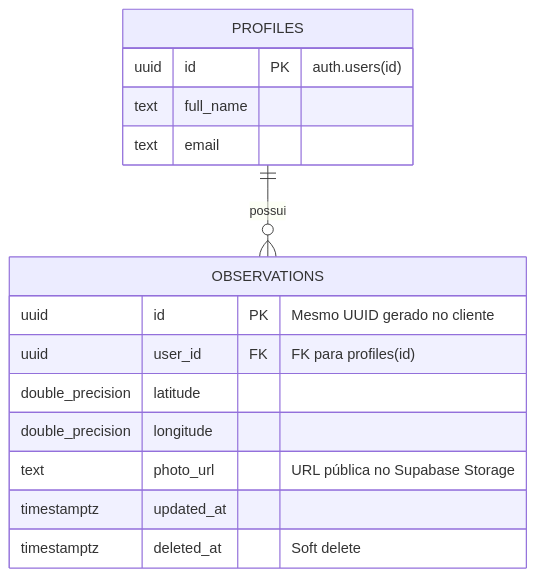
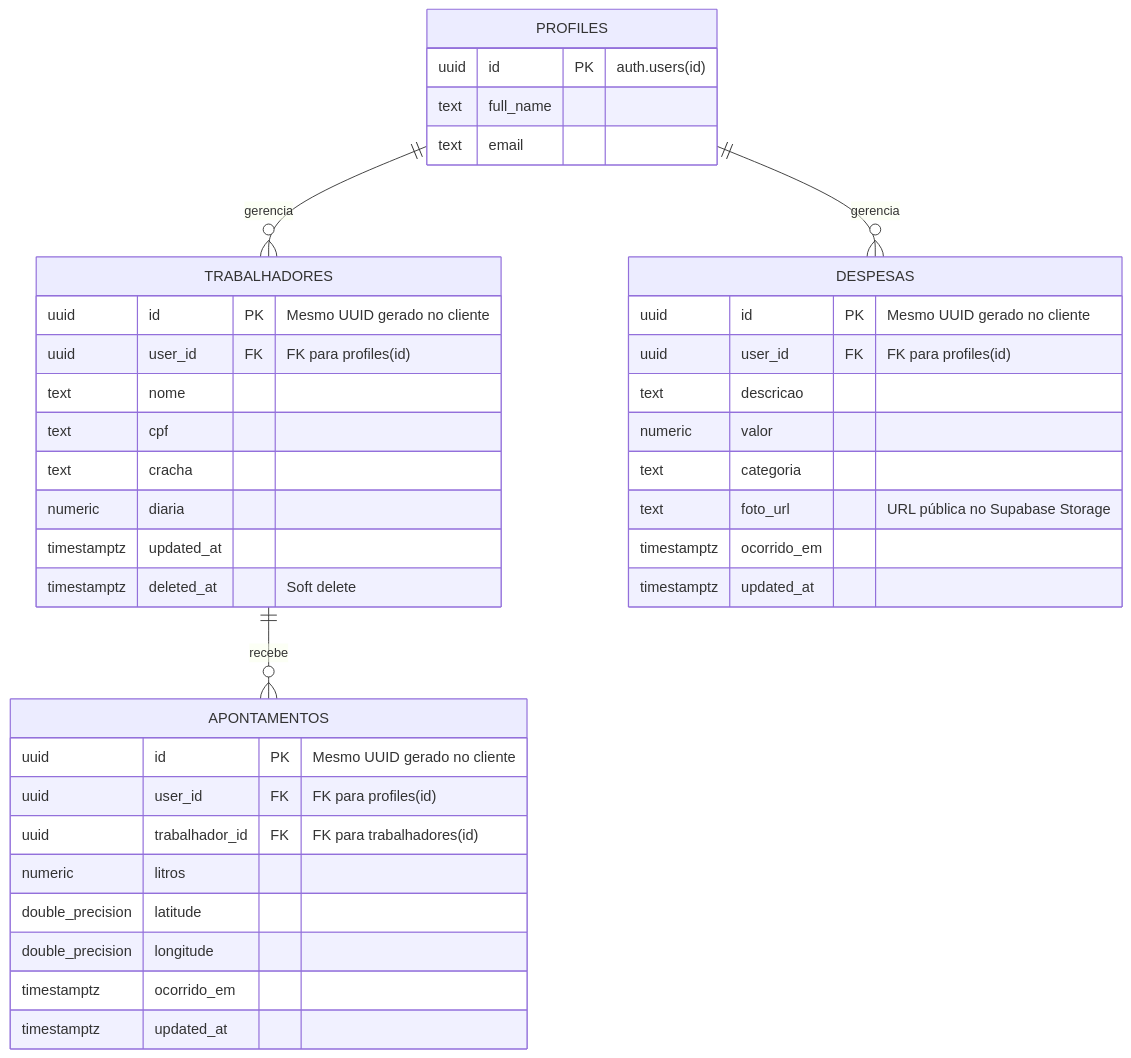
Before and after one commit to JoaoPedroScalioni/MOBILEEE: the fourth of 9 diagrams in docs/documento-software-mobile.md, drawn with Mermaid. The commit also changed other lines of this file and 93 other files, not shown here.

Commit message:
feat: implement clean architecture with domain entities, use cases, UI layouts, infrastructure adapters, and test suite

````diff
--- a/docs/documento-software-mobile.md
+++ b/docs/documento-software-mobile.md
@@ -255,20 +480,45 @@
 ```mermaid
 erDiagram
-    PROFILES ||--o{ OBSERVATIONS : possui
+    PROFILES ||--o{ TRABALHADORES : gerencia
+    TRABALHADORES ||--o{ APONTAMENTOS : recebe
+    PROFILES ||--o{ DESPESAS : gerencia
 
     PROFILES {
         uuid id PK "auth.users(id)"
         text full_name
         text email
     }
 
-    OBSERVATIONS {
+    TRABALHADORES {
         uuid id PK "Mesmo UUID gerado no cliente"
         uuid user_id FK "FK para profiles(id)"
-        double_precision latitude
-        double_precision longitude
-        text photo_url "URL pública no Supabase Storage"
+        text nome
+        text cpf
+        text cracha
+        numeric diaria
         timestamptz updated_at
         timestamptz deleted_at "Soft delete"
     }
+
+    APONTAMENTOS {
+        uuid id PK "Mesmo UUID gerado no cliente"
+        uuid user_id FK "FK para profiles(id)"
+        uuid trabalhador_id FK "FK para trabalhadores(id)"
+        numeric litros
+        double_precision latitude
+        double_precision longitude
+        timestamptz ocorrido_em
+        timestamptz updated_at
+    }
+
+    DESPESAS {
+        uuid id PK "Mesmo UUID gerado no cliente"
+        uuid user_id FK "FK para profiles(id)"
+        text descricao
+        numeric valor
+        text categoria
+        text foto_url "URL pública no Supabase Storage"
+        timestamptz ocorrido_em
+        timestamptz updated_at
+    }
 ```
````
